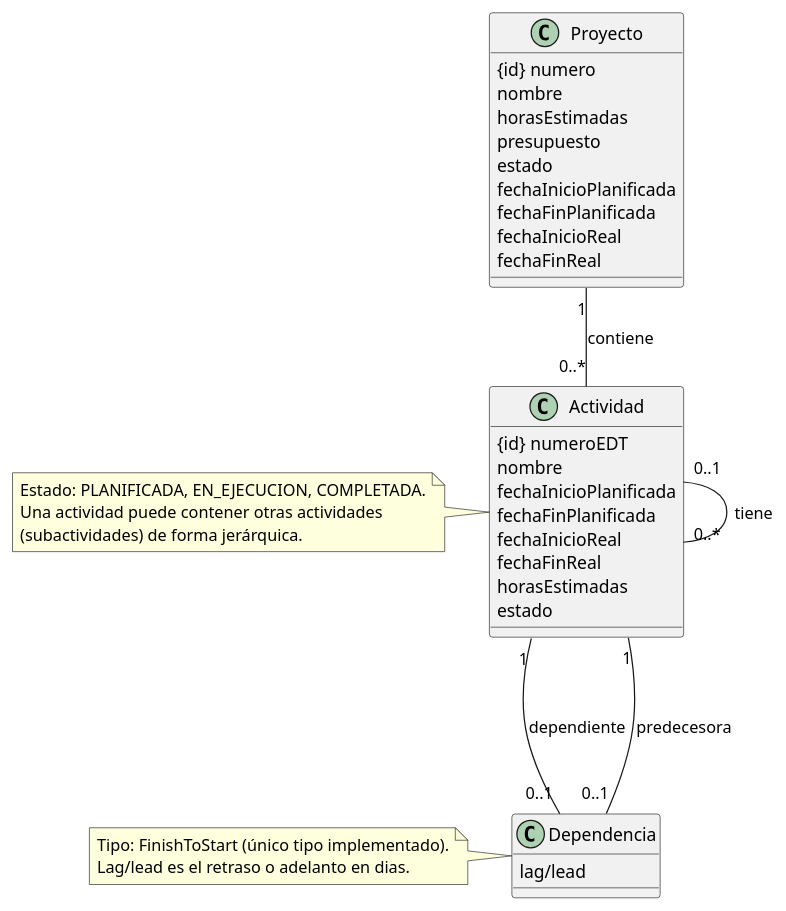
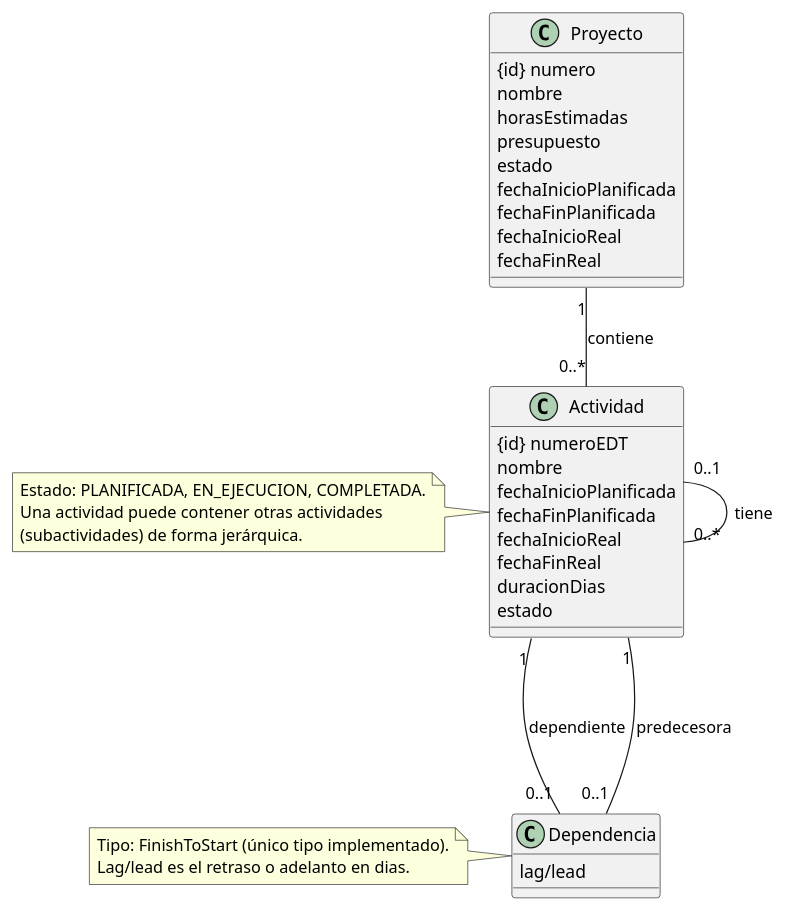
One commit to Valentino-Carmona/PMTool changed the diagram in docs/mdd.md. Above: the diagram before and after it, drawn with PlantUML. The commit also changed 1 other file, not shown here.

Commit message:
docs: MDD updated to reflect the duracionDias in activity

````diff
--- a/docs/mdd.md
+++ b/docs/mdd.md
@@ -11,51 +11,51 @@
 ```plantuml
 @startuml
 ' Entidades
 
 class Proyecto {
    {id} numero
    nombre
    horasEstimadas
    presupuesto
    estado
    fechaInicioPlanificada
    fechaFinPlanificada
    fechaInicioReal
    fechaFinReal
 }
 
 class Actividad {
    {id} numeroEDT
    nombre
    fechaInicioPlanificada
    fechaFinPlanificada
    fechaInicioReal
    fechaFinReal
-   horasEstimadas
+   duracionDias
    estado
 }
 
 class Dependencia {
    lag/lead
 }
 
 ' Relaciones
 Proyecto "1" -- "0..*" Actividad : contiene
 Actividad "0..1" -- "0..*" Actividad : tiene
 Actividad "1" --- "0..1" Dependencia: dependiente
 Dependencia "0..1" --- "1" Actividad:predecesora
 
 
 note left of Actividad
   Estado: PLANIFICADA, EN_EJECUCION, COMPLETADA.
   Una actividad puede contener otras actividades 
   (subactividades) de forma jerárquica.
 end note
 
 note left of Dependencia
   Tipo: FinishToStart (único tipo implementado).
   Lag/lead es el retraso o adelanto en dias.
 end note
 
 @enduml
 ```
````
